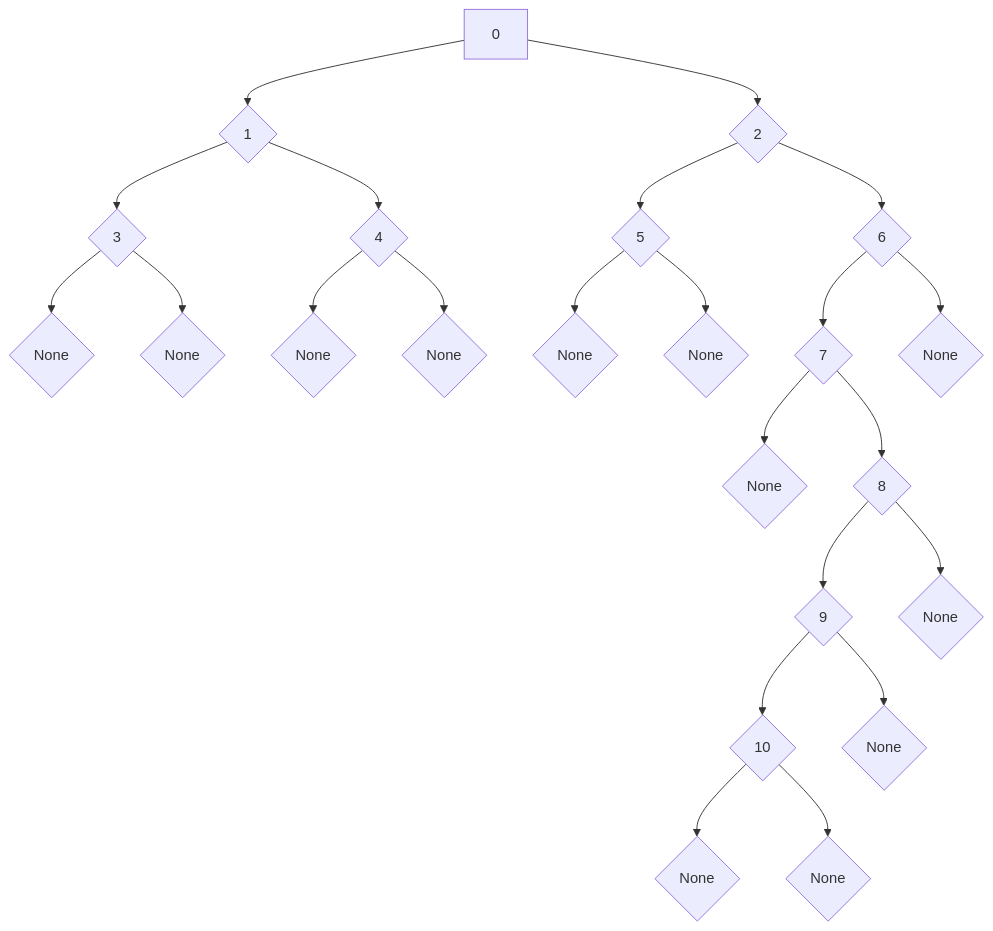
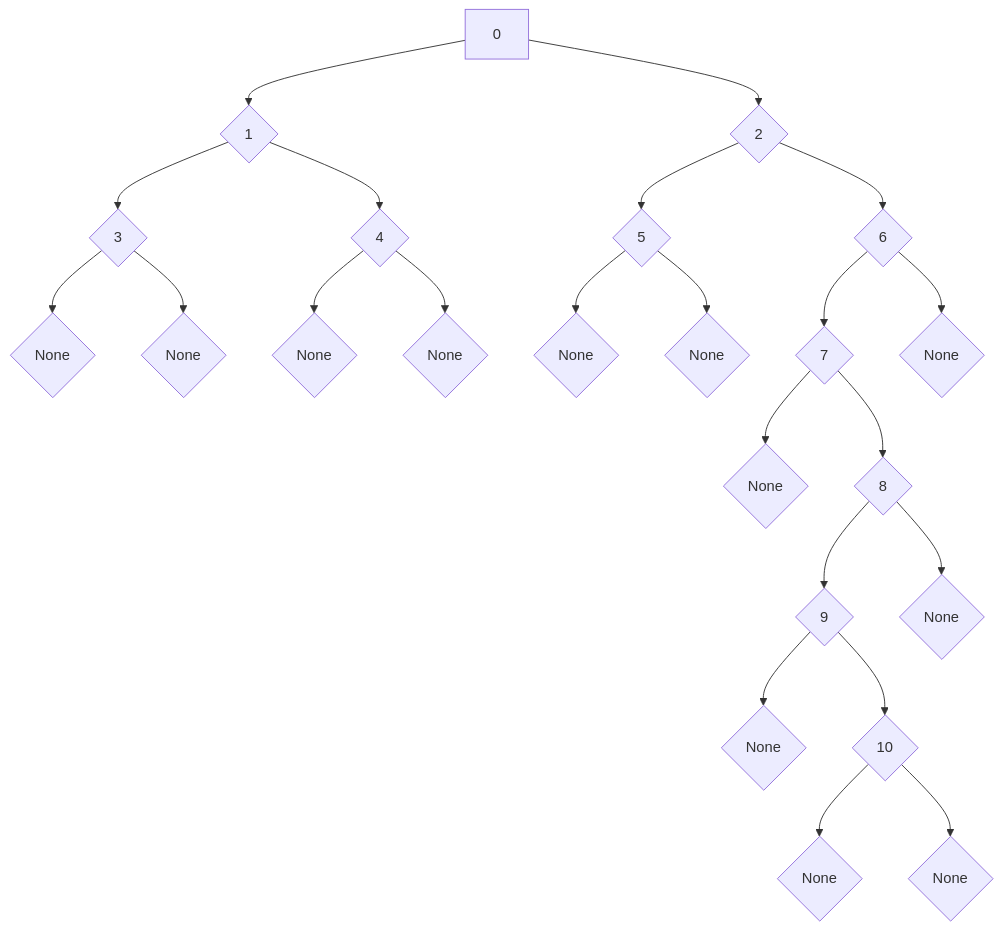
One commit to mr-adult/tree-iterators-rs changed the diagram in README.md. Above: the diagram before and after it, drawn with Mermaid. The commit also changed other lines of this file, not shown here.

````diff
--- a/README.md
+++ b/README.md
@@ -42,25 +42,25 @@
 ```mermaid
 flowchart TD
 A[0] --> B{1}
 A --> C{2}
 B --> D{3}
 B --> E{4}
 D --> Z{None}
 D --> Y{None}
 E --> X{None}
 E --> W{None}
 C --> F{5}
 F --> V{None}
 F --> U{None}
 C --> G{6}
 G --> H{7}
 G --> T{None}
 H --> S{None}
 H --> I{8}
 I --> J{9}
 I --> R{None}
+J --> Q{None}
 J --> K{10}
-J --> Q{None}
 K --> P{None}
 K --> O{None}
 ``` 
````
